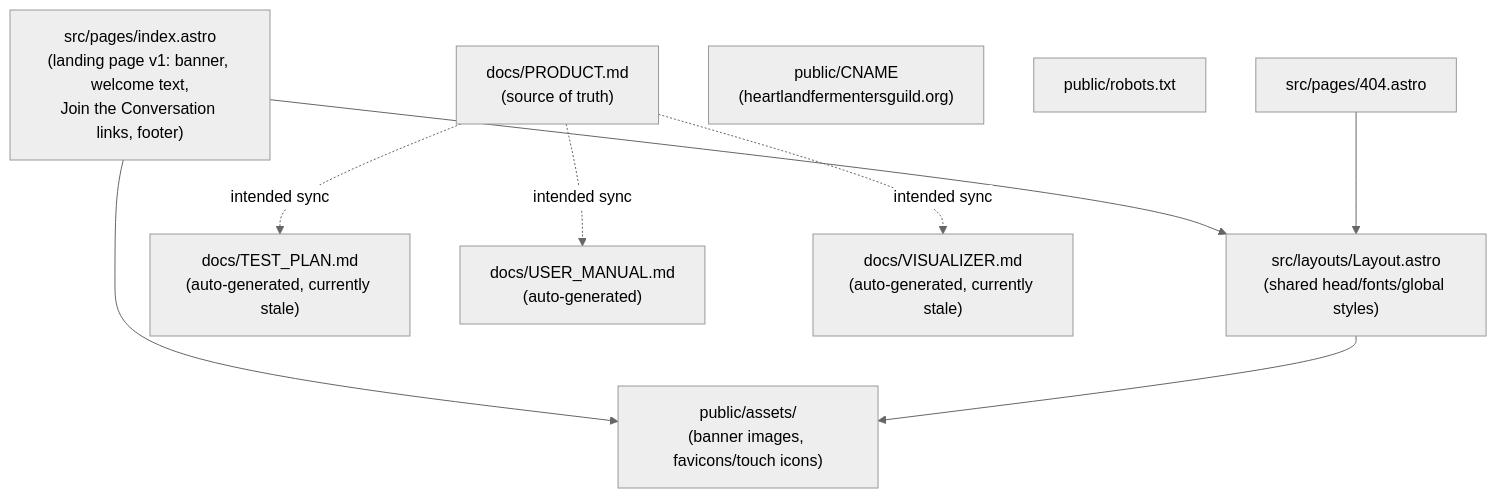
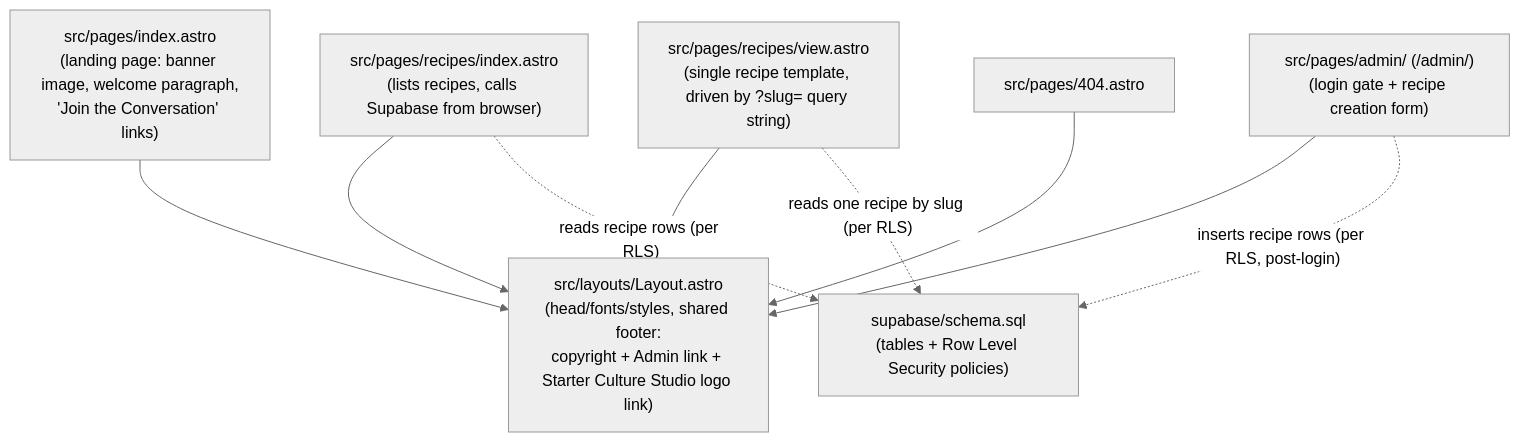
One commit to BubbaF377/heartland-fermenters-guild changed the first of 3 diagrams in docs/VISUALIZER.md. Above: the diagram before and after it, drawn with Mermaid (neutral theme). The commit also changed other lines of this file, not shown here.

Commit message:
Update visualizer (requirements changed): heartland-fermenters-guild

````diff
--- a/docs/VISUALIZER.md
+++ b/docs/VISUALIZER.md
@@ -8,23 +6,22 @@
 ```mermaid
-graph TD
-    Layout["src/layouts/Layout.astro<br/>(shared head/fonts/global styles)"]
-    Index["src/pages/index.astro<br/>(landing page v1: banner, welcome text,<br/>Join the Conversation links, footer)"]
+flowchart TD
+    Layout["src/layouts/Layout.astro<br/>(head/fonts/styles, shared footer:<br/>copyright + Admin link + Starter Culture Studio logo link)"]
+
+    Index["src/pages/index.astro<br/>(landing page: banner image, welcome paragraph,<br/>'Join the Conversation' links)"]
+    RecipesList["src/pages/recipes/index.astro<br/>(lists recipes, calls Supabase from browser)"]
+    RecipeView["src/pages/recipes/view.astro<br/>(single recipe template, driven by ?slug= query string)"]
+    Admin["src/pages/admin/ (/admin/)<br/>(login gate + recipe creation form)"]
     NotFound["src/pages/404.astro"]
-    Assets["public/assets/<br/>(banner images, favicons/touch icons)"]
-    CNAME["public/CNAME<br/>(heartlandfermentersguild.org)"]
-    Robots["public/robots.txt"]
+
+    Schema["supabase/schema.sql<br/>(tables + Row Level Security policies)"]
 
     Index --> Layout
+    RecipesList --> Layout
+    RecipeView --> Layout
+    Admin --> Layout
     NotFound --> Layout
-    Index --> Assets
-    Layout --> Assets
 
-    ProductDoc["docs/PRODUCT.md<br/>(source of truth)"]
-    TestPlan["docs/TEST_PLAN.md<br/>(auto-generated, currently stale)"]
-    UserManual["docs/USER_MANUAL.md<br/>(auto-generated)"]
-    Visualizer["docs/VISUALIZER.md<br/>(auto-generated, currently stale)"]
-
-    ProductDoc -.->|intended sync| TestPlan
-    ProductDoc -.->|intended sync| UserManual
-    ProductDoc -.->|intended sync| Visualizer
+    RecipesList -. "reads recipe rows (per RLS)" .-> Schema
+    RecipeView -. "reads one recipe by slug (per RLS)" .-> Schema
+    Admin -. "inserts recipe rows (per RLS, post-login)" .-> Schema
 ```
````
